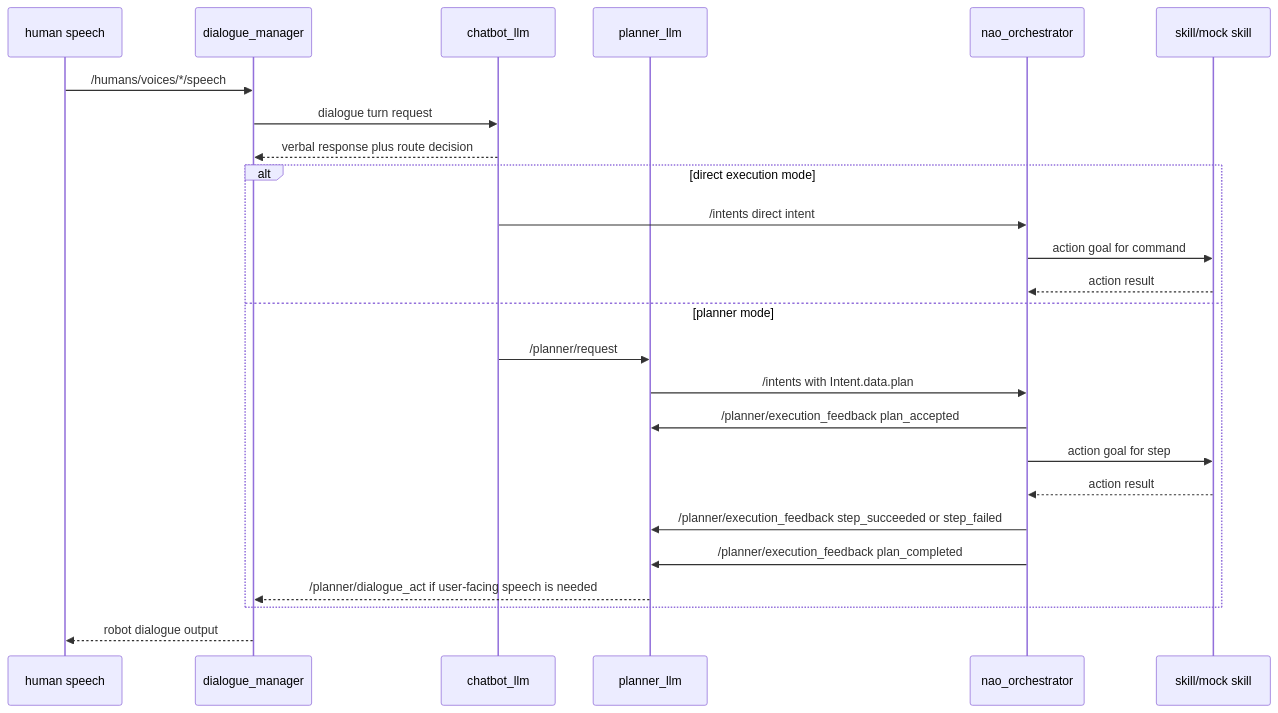
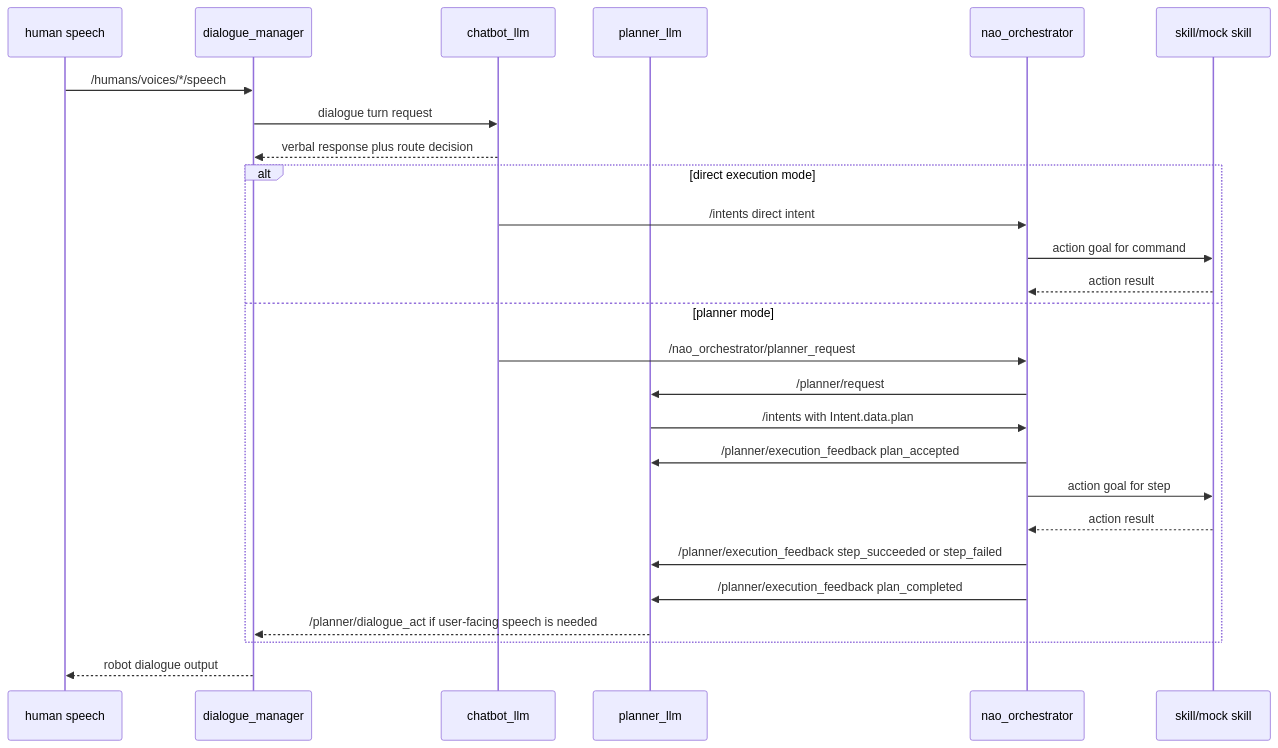
The third of 3 diagrams in docs/current_workflow.md (ieverythng/nao-ros4hri-bridge), drawn with Mermaid before and after one commit. The commit also changed other lines of this file and 17 other files, not shown here.

````diff
--- a/docs/current_workflow.md
+++ b/docs/current_workflow.md
@@ -67,28 +72,29 @@
 ```mermaid
 sequenceDiagram
     participant H as human speech
     participant D as dialogue_manager
     participant C as chatbot_llm
     participant P as planner_llm
     participant O as nao_orchestrator
     participant S as skill/mock skill
 
     H->>D: /humans/voices/*/speech
     D->>C: dialogue turn request
     C-->>D: verbal response plus route decision
     alt direct execution mode
         C->>O: /intents direct intent
         O->>S: action goal for command
         S-->>O: action result
     else planner mode
-        C->>P: /planner/request
+        C->>O: /nao_orchestrator/planner_request
+        O->>P: /planner/request
         P->>O: /intents with Intent.data.plan
         O->>P: /planner/execution_feedback plan_accepted
         O->>S: action goal for step
         S-->>O: action result
         O->>P: /planner/execution_feedback step_succeeded or step_failed
         O->>P: /planner/execution_feedback plan_completed
         P-->>D: /planner/dialogue_act if user-facing speech is needed
     end
     D-->>H: robot dialogue output
 ```
````
